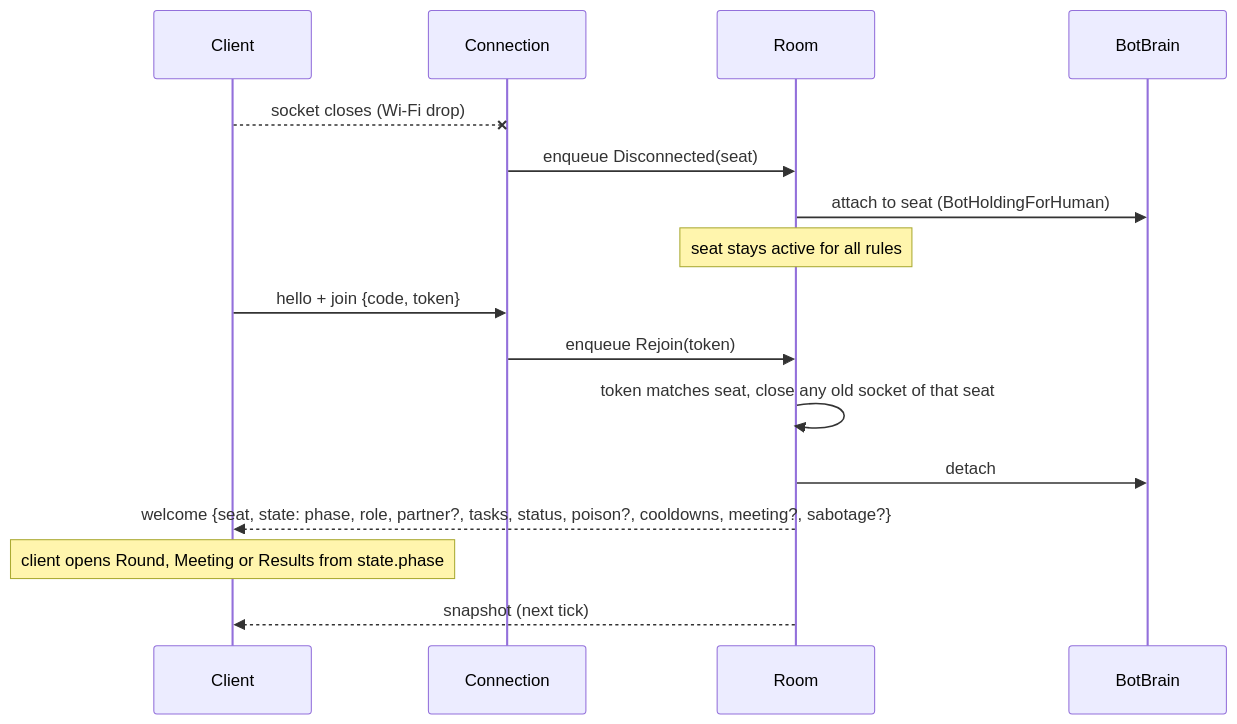
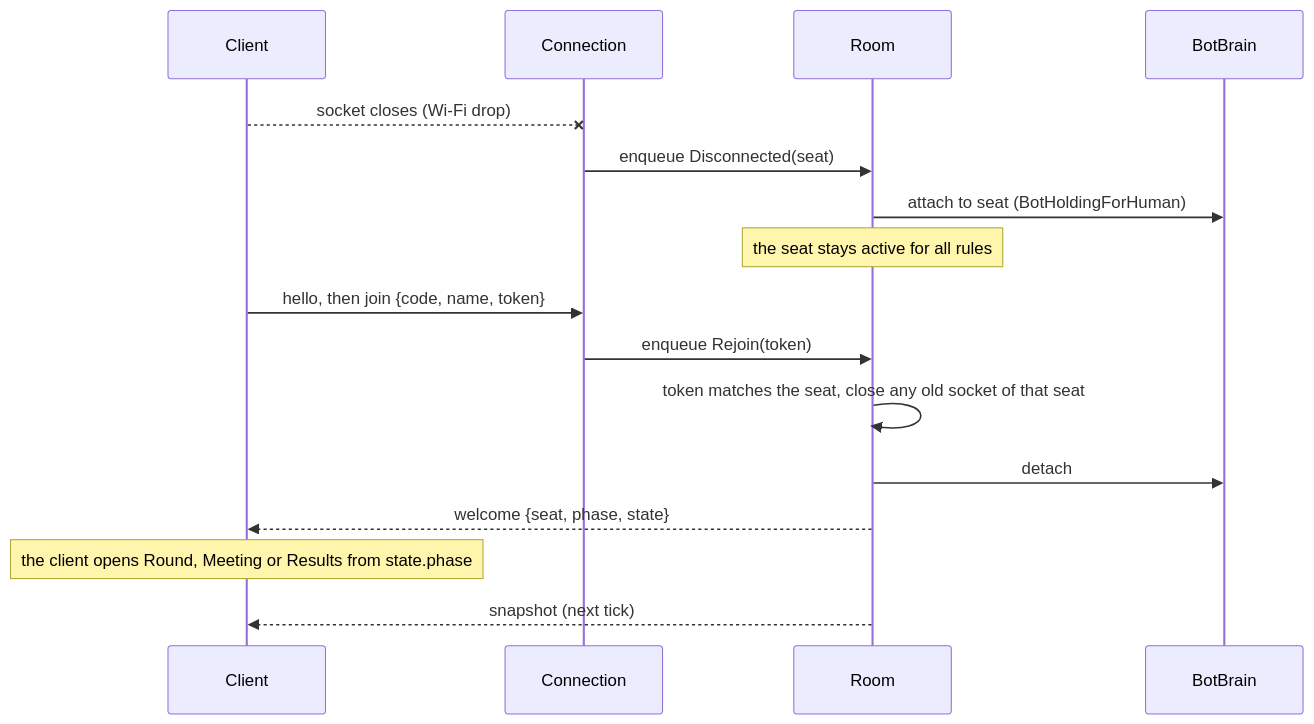
Before and after one commit to Faouzi-Blibech/EcoSus-Uncycled: the ninth of 11 diagrams in docs/architecture/05-sequences.md, drawn with Mermaid. The commit also changed other lines of this file and 11 other files, not shown here.

Commit message:
docs: second design review (2026-11-14) for the architecture views and the design spec

````diff
--- a/docs/architecture/05-sequences.md
+++ b/docs/architecture/05-sequences.md
@@ -196,18 +207,18 @@
 ```mermaid
 sequenceDiagram
     participant C as Client
     participant WS as Connection
     participant R as Room
     participant Bot as BotBrain
     C--xWS: socket closes (Wi-Fi drop)
     WS->>R: enqueue Disconnected(seat)
     R->>Bot: attach to seat (BotHoldingForHuman)
-    Note over R: seat stays active for all rules
-    C->>WS: hello + join {code, token}
+    Note over R: the seat stays active for all rules
+    C->>WS: hello, then join {code, name, token}
     WS->>R: enqueue Rejoin(token)
-    R->>R: token matches seat, close any old socket of that seat
+    R->>R: token matches the seat, close any old socket of that seat
     R->>Bot: detach
-    R-->>C: welcome {seat, state: phase, role, partner?, tasks, status, poison?, cooldowns, meeting?, sabotage?}
-    Note over C: client opens Round, Meeting or Results from state.phase
+    R-->>C: welcome {seat, phase, state}
+    Note over C: the client opens Round, Meeting or Results from state.phase
     R-->>C: snapshot (next tick)
 ```
````
